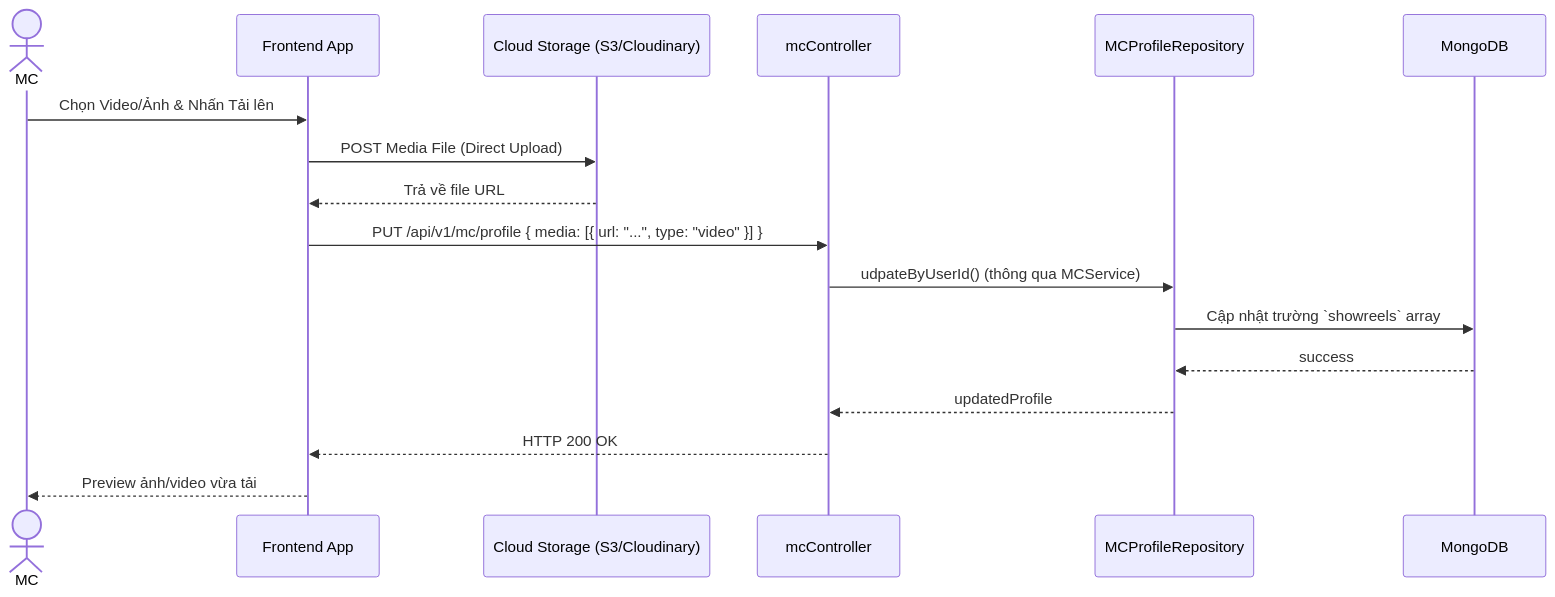
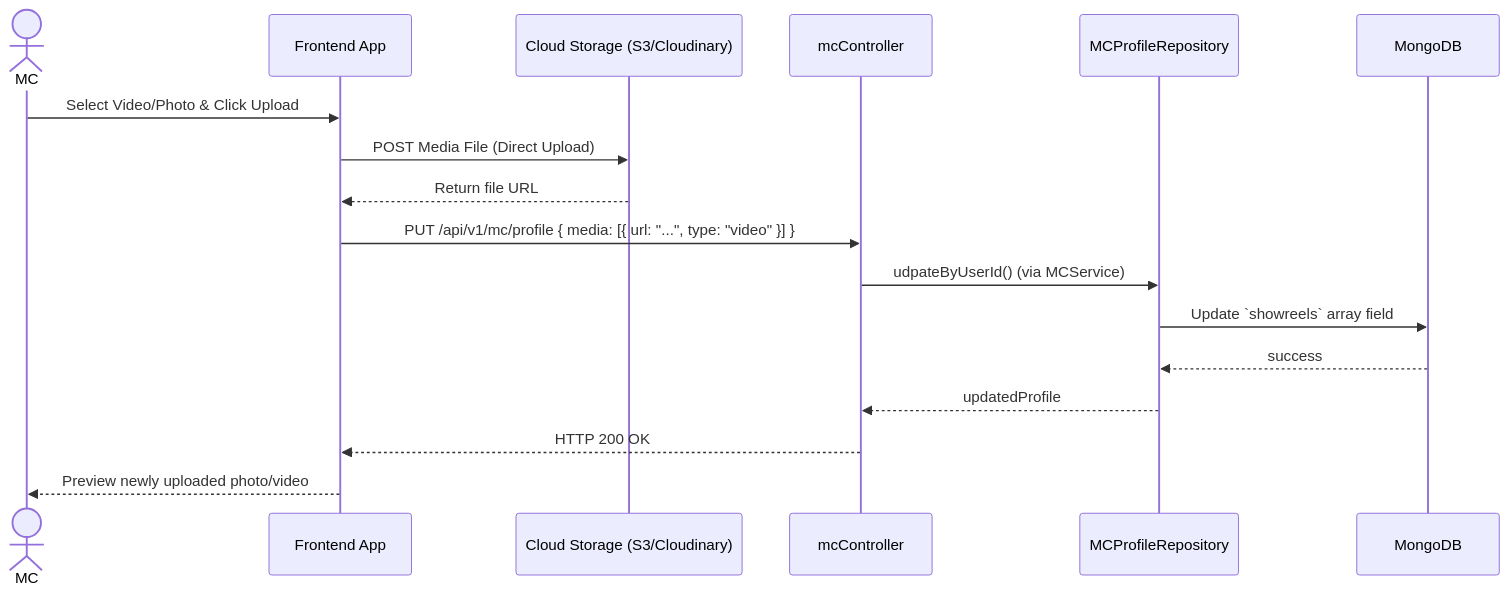
The sixth of 13 diagrams in UC_Backend_Design_Details.md (dat-21/SWD392), drawn with Mermaid before and after one commit. The commit also changed other lines of this file and 1 other file, not shown here.

````diff
--- a/UC_Backend_Design_Details.md
+++ b/UC_Backend_Design_Details.md
@@ -140,20 +140,20 @@
 ```mermaid
 sequenceDiagram
     actor MC
     participant FE as Frontend App
     participant Cloud as Cloud Storage (S3/Cloudinary)
     participant Ctrl as mcController
     participant Repo as MCProfileRepository
     participant DB as MongoDB
 
-    MC->>FE: Chọn Video/Ảnh & Nhấn Tải lên
+    MC->>FE: Select Video/Photo & Click Upload
     FE->>Cloud: POST Media File (Direct Upload)
-    Cloud-->>FE: Trả về file URL
+    Cloud-->>FE: Return file URL
     FE->>Ctrl: PUT /api/v1/mc/profile { media: [{ url: "...", type: "video" }] }
-    Ctrl->>Repo: udpateByUserId() (thông qua MCService)
-    Repo->>DB: Cập nhật trường `showreels` array
+    Ctrl->>Repo: udpateByUserId() (via MCService)
+    Repo->>DB: Update `showreels` array field
     DB-->>Repo: success
     Repo-->>Ctrl: updatedProfile
     Ctrl-->>FE: HTTP 200 OK
-    FE-->>MC: Preview ảnh/video vừa tải
+    FE-->>MC: Preview newly uploaded photo/video
 ```
````
